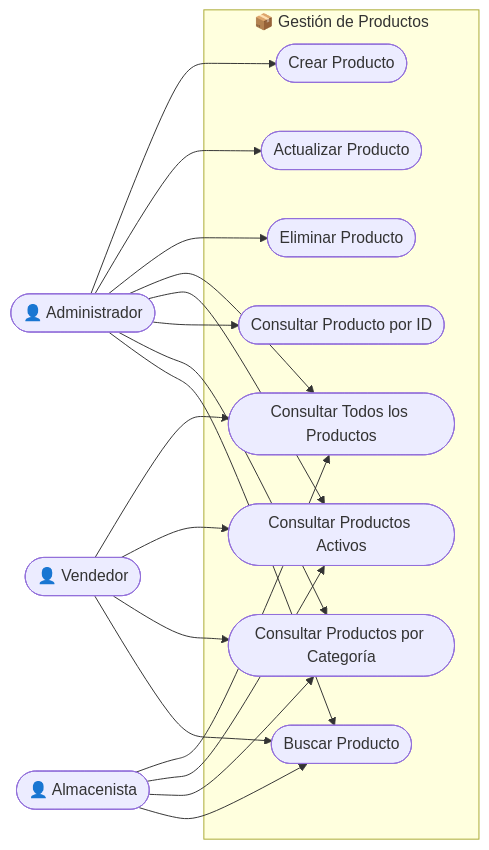
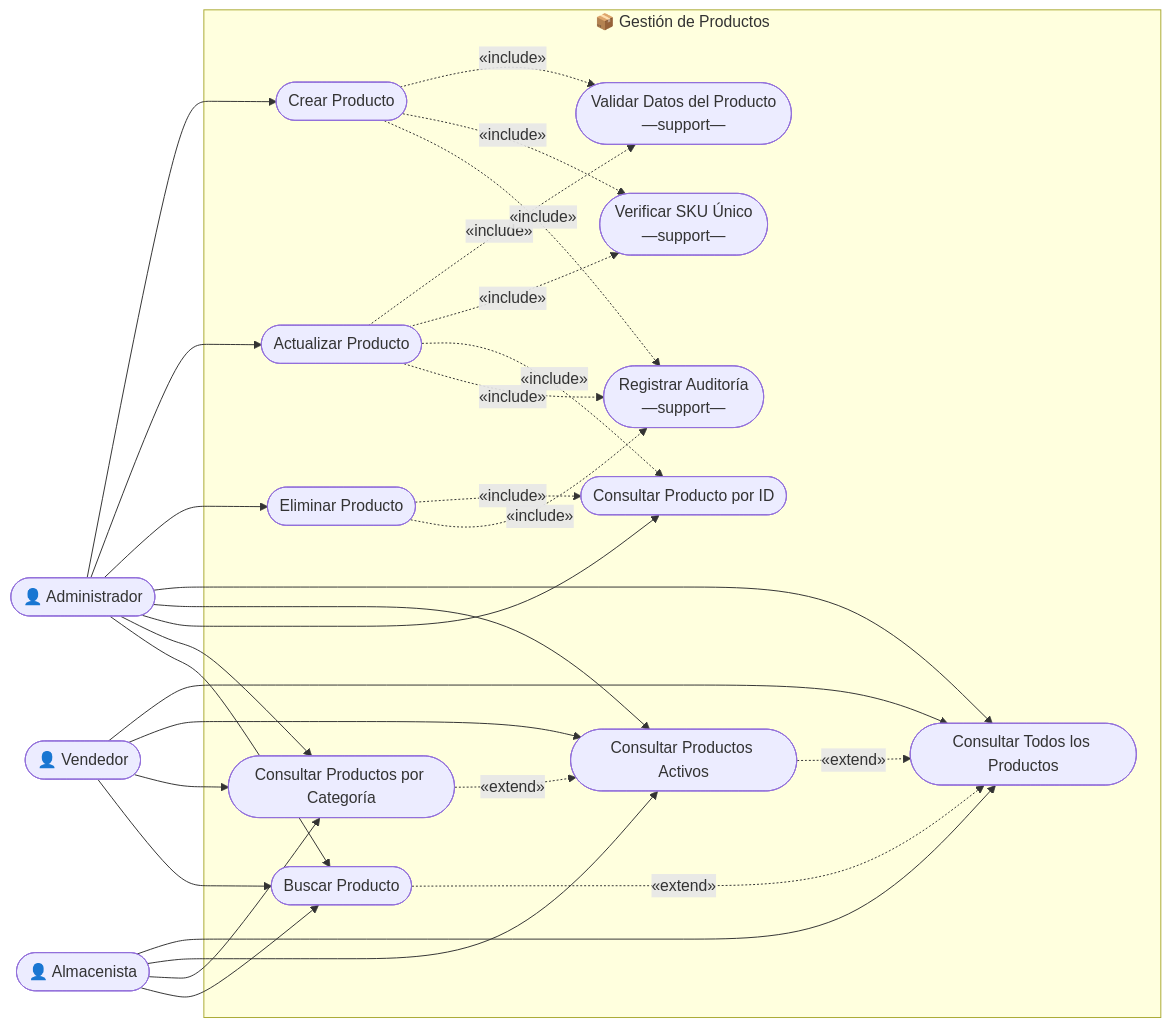
One commit to nahuk86/tp_diploma_nk_2026 changed the third of 11 diagrams in Documentation/UML_Diagrams/23_Use_Case_Diagrams.md. Above: the diagram before and after it, drawn with Mermaid. The commit also changed other lines of this file, not shown here.

Commit message:
docs: add missing include/extend/uses relationships to UML use case diagrams

````diff
--- a/Documentation/UML_Diagrams/23_Use_Case_Diagrams.md
+++ b/Documentation/UML_Diagrams/23_Use_Case_Diagrams.md
@@ -74,34 +110,50 @@
 ```mermaid
 flowchart LR
     admin(["👤 Administrador"])
     vendedor(["👤 Vendedor"])
     almacenista(["👤 Almacenista"])
 
     subgraph PRODUCTS["📦 Gestión de Productos"]
         uc1(["Crear Producto"])
         uc2(["Actualizar Producto"])
         uc3(["Eliminar Producto"])
         uc4(["Consultar Todos los Productos"])
         uc5(["Consultar Productos Activos"])
         uc6(["Consultar Producto por ID"])
         uc7(["Consultar Productos por Categoría"])
         uc8(["Buscar Producto"])
+        ucV(["Validar Datos del Producto\n―support―"])
+        ucS(["Verificar SKU Único\n―support―"])
+        ucA(["Registrar Auditoría\n―support―"])
+        uc5 -.->|"«extend»"| uc4
+        uc7 -.->|"«extend»"| uc5
+        uc8 -.->|"«extend»"| uc4
     end
 
     admin --> uc1
     admin --> uc2
     admin --> uc3
     admin --> uc4
     admin --> uc5
     admin --> uc6
     admin --> uc7
     admin --> uc8
     vendedor --> uc4
     vendedor --> uc5
     vendedor --> uc7
     vendedor --> uc8
     almacenista --> uc4
     almacenista --> uc5
     almacenista --> uc7
     almacenista --> uc8
+
+    uc1 -.->|"«include»"| ucV
+    uc1 -.->|"«include»"| ucS
+    uc2 -.->|"«include»"| ucV
+    uc2 -.->|"«include»"| ucS
+    uc2 -.->|"«include»"| uc6
+    uc3 -.->|"«include»"| uc6
+    uc1 -.->|"«include»"| ucA
+    uc2 -.->|"«include»"| ucA
+    uc3 -.->|"«include»"| ucA
 ```
````
